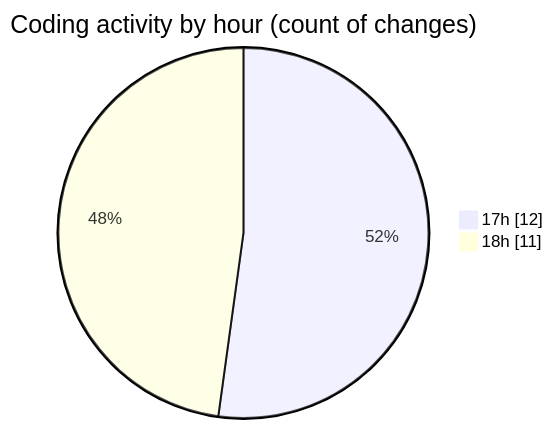
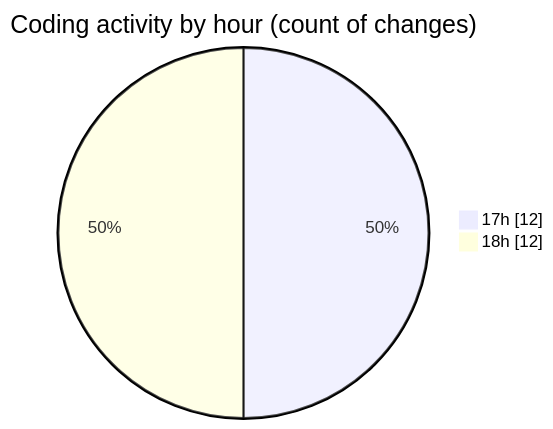
One commit to donsfak/code-tracking changed the second of 2 diagrams in 2025-02-16/uber_clone/README.md. Above: the diagram before and after it, drawn with Mermaid. The commit also changed other lines of this file and 1 other file, not shown here.

````diff
--- a/2025-02-16/uber_clone/README.md
+++ b/2025-02-16/uber_clone/README.md
@@ -39,6 +39,6 @@
 ```mermaid
 pie showData
 title Coding activity by hour (count of changes)
 "17h" : 12
-"18h" : 11
+"18h" : 12
 ```
````
